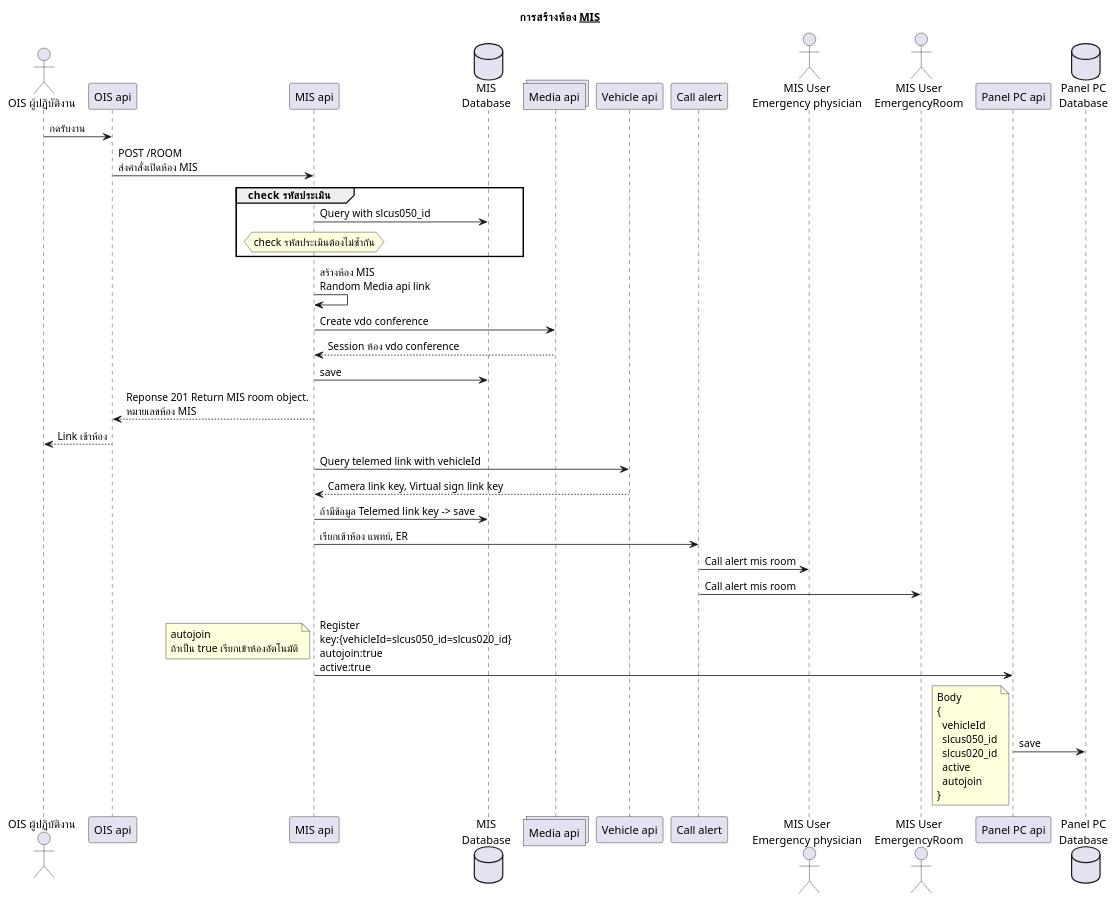
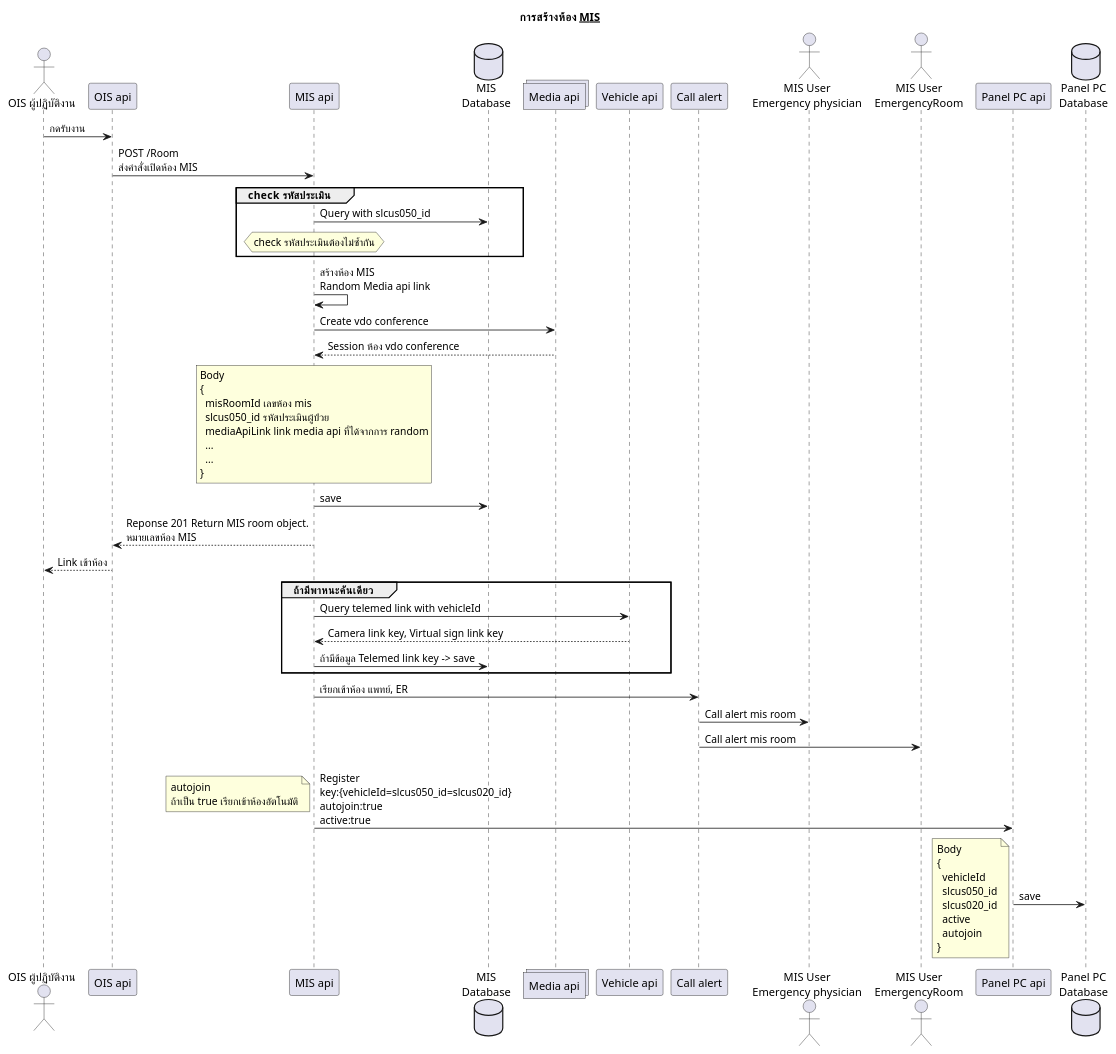
Before and after one commit to lionants02/mis-api-doc: the diagram in uml/new_create_mis.plantuml, drawn with PlantUML. The commit also changed 3 other files, not shown here.

```diff
--- a/uml/new_create_mis.plantuml
+++ b/uml/new_create_mis.plantuml
@@ -1,49 +1,61 @@
 @startuml
 Title การสร้างห้อง __MIS__
   actor "OIS ผู้ปฏิบัติงาน" as OIS
   OIS -> "OIS api": กดรับงาน
-  "OIS api"-> "MIS api": POST /ROOM\nส่งคำสั่งเปิดห้อง MIS
+  "OIS api"-> "MIS api": POST /Room\nส่งคำสั่งเปิดห้อง MIS
 
   database "MIS\nDatabase" as misdb
   group check รหัสประเมิน
     "MIS api" -> misdb: Query with slcus050_id
     hnote over "MIS api"
       check รหัสประเมินต้องไม่ซ้ำกัน
     endnote
   end
   "MIS api" -> "MIS api": สร้างห้อง MIS\nRandom Media api link
 
   collections "Media api" as MediaApi
   "MIS api" -> MediaApi: Create vdo conference
   "MIS api" <-- MediaApi: Session ห้อง vdo conference
+  rnote over "MIS api"
+    Body
+    {
+      misRoomId เลขห้อง mis
+      slcus050_id รหัสประเมินผู้ป่วย
+      mediaApiLink link media api ที่ได้จากการ random
+      ...
+      ...
+    }
+  endnote
   "MIS api" -> misdb: save
 
   "OIS api"<-- "MIS api": Reponse 201 Return MIS room object.\nหมายเลขห้อง MIS
   OIS <-- "OIS api": Link เข้าห้อง
 
-  "MIS api" -> "Vehicle api": Query telemed link with vehicleId
-  "MIS api" <-- "Vehicle api": Camera link key, Virtual sign link key
-  "MIS api" -> misdb: ถ้ามีข้อมูล Telemed link key -> save
+  group ถ้ามีพาหนะคันเดียว
+    "MIS api" -> "Vehicle api": Query telemed link with vehicleId
+    "MIS api" <-- "Vehicle api": Camera link key, Virtual sign link key
+    "MIS api" -> misdb: ถ้ามีข้อมูล Telemed link key -> save
+  end
   "MIS api" -> "Call alert": เรียกเข้าห้อง แพทย์, ER
 
   actor "MIS User\nEmergency physician" as MD
   actor "MIS User\nEmergencyRoom" as ER
 
   "Call alert" -> MD: Call alert mis room
   "Call alert" -> ER: Call alert mis room
 
   "MIS api" -> "Panel PC api": \nRegister\nkey:{vehicleId=slcus050_id=slcus020_id}\nautojoin:true\nactive:true
   note left: autojoin\nถ้าเป็น true เรียกเข้าห้องอัตโนมัติ
   database "Panel PC\nDatabase" as paneldb
   "Panel PC api" -> paneldb: save
   note left
     Body
     {
       vehicleId
       slcus050_id
       slcus020_id
       active
       autojoin
     }
   endnote
 @enduml
```
